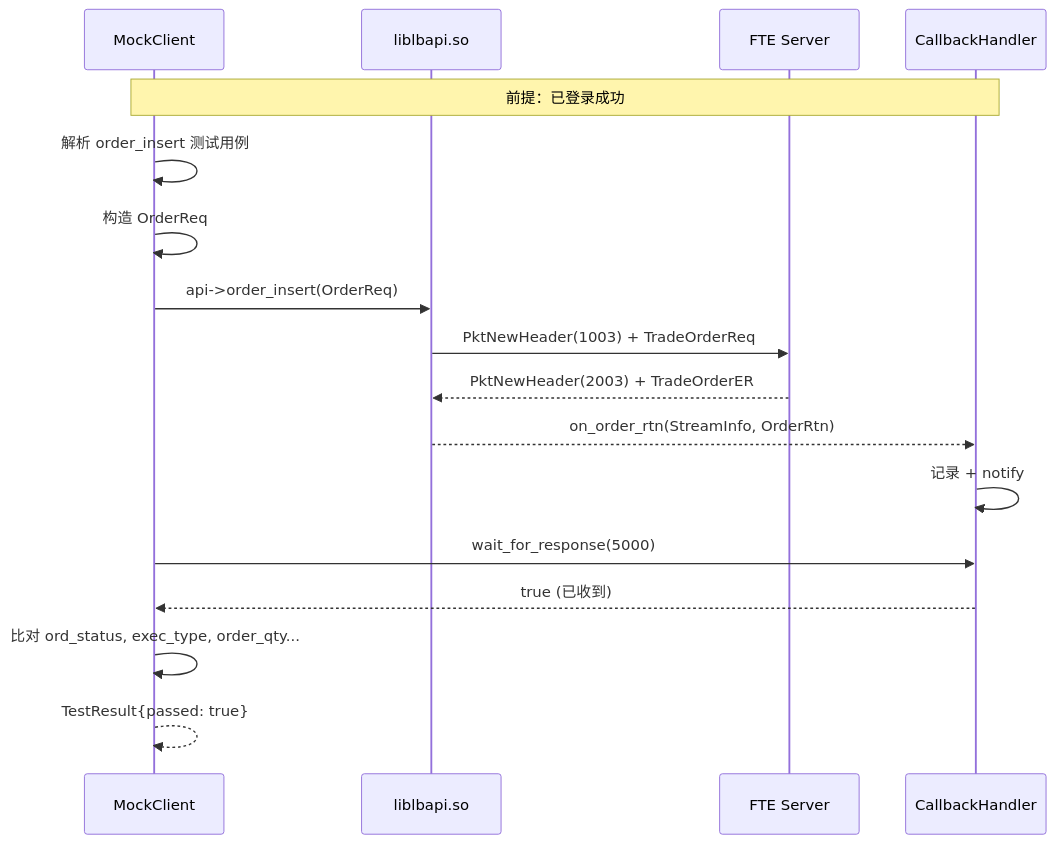
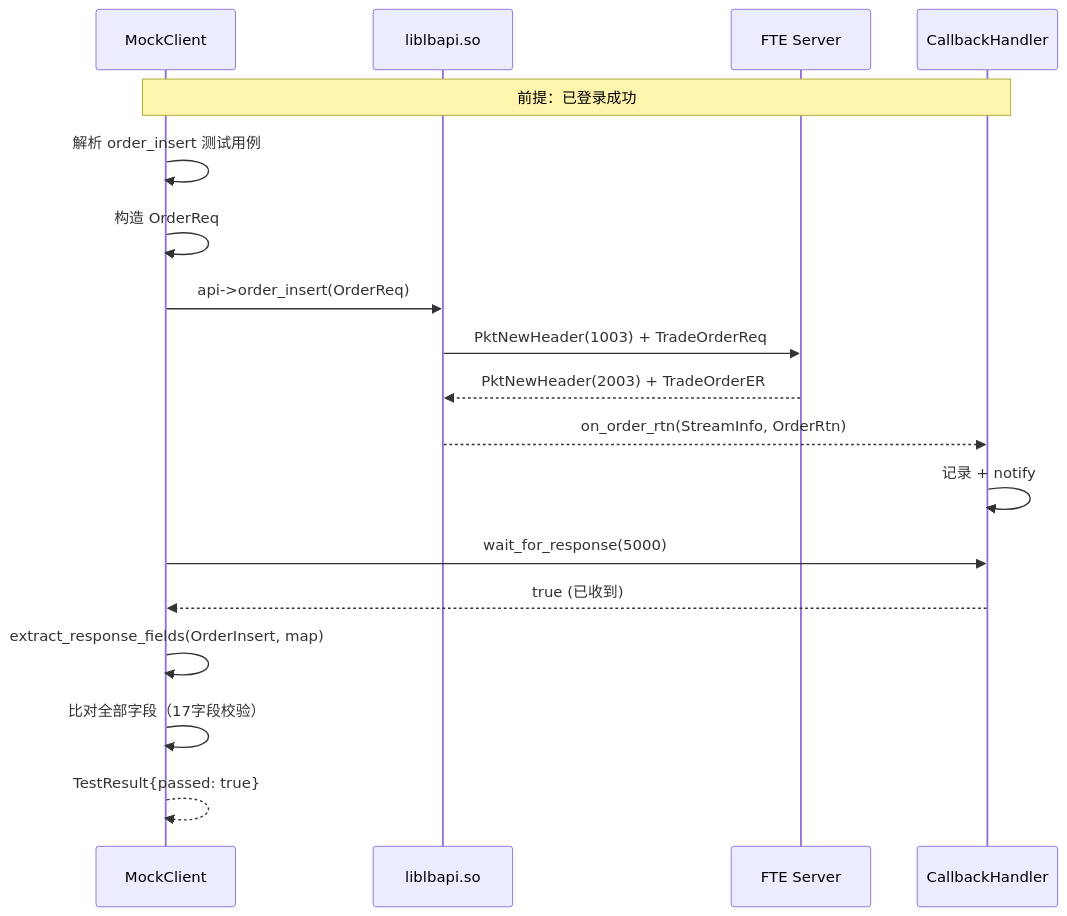
Before and after one commit to lishengze/server_9: the third of 5 diagrams in trunk/NewAPI/gone/api/mock/client/mock_client_design.md, drawn with Mermaid. The commit also changed other lines of this file and 8 other files, not shown here.

````diff
--- a/trunk/NewAPI/gone/api/mock/client/mock_client_design.md
+++ b/trunk/NewAPI/gone/api/mock/client/mock_client_design.md
@@ -565,22 +651,23 @@
 ```mermaid
 sequenceDiagram
     participant MC as MockClient
     participant API as liblbapi.so
     participant FTE as FTE Server
     participant CB as CallbackHandler
 
     Note over MC,CB: 前提：已登录成功
-    
+
     MC->>MC: 解析 order_insert 测试用例
     MC->>MC: 构造 OrderReq
     MC->>API: api->order_insert(OrderReq)
     API->>FTE: PktNewHeader(1003) + TradeOrderReq
     FTE-->>API: PktNewHeader(2003) + TradeOrderER
     API-->>CB: on_order_rtn(StreamInfo, OrderRtn)
     CB->>CB: 记录 + notify
-    
+
     MC->>CB: wait_for_response(5000)
     CB-->>MC: true (已收到)
-    MC->>MC: 比对 ord_status, exec_type, order_qty...
+    MC->>MC: extract_response_fields(OrderInsert, map)
+    MC->>MC: 比对全部字段（17字段校验）
     MC-->>MC: TestResult{passed: true}
 ```
````
